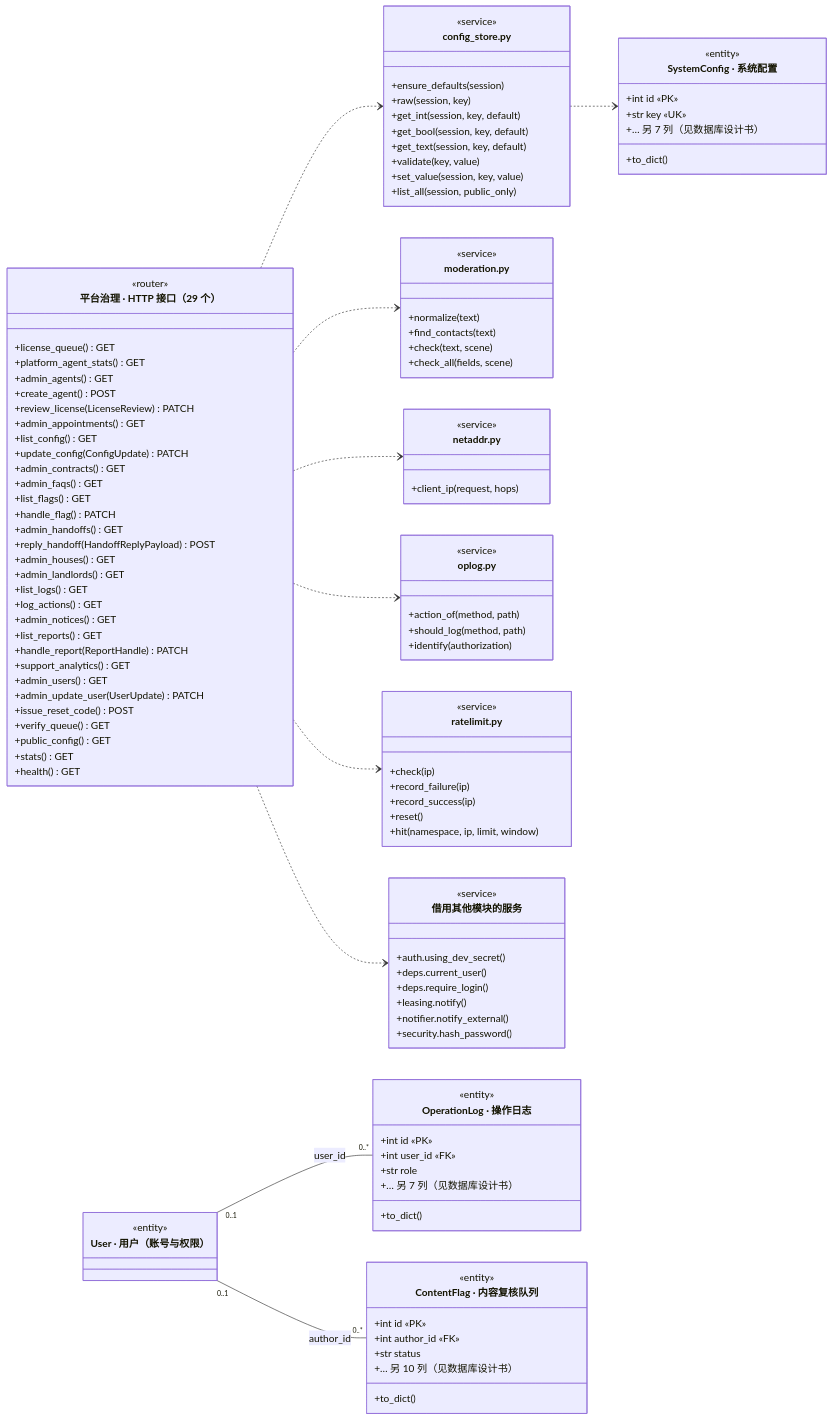
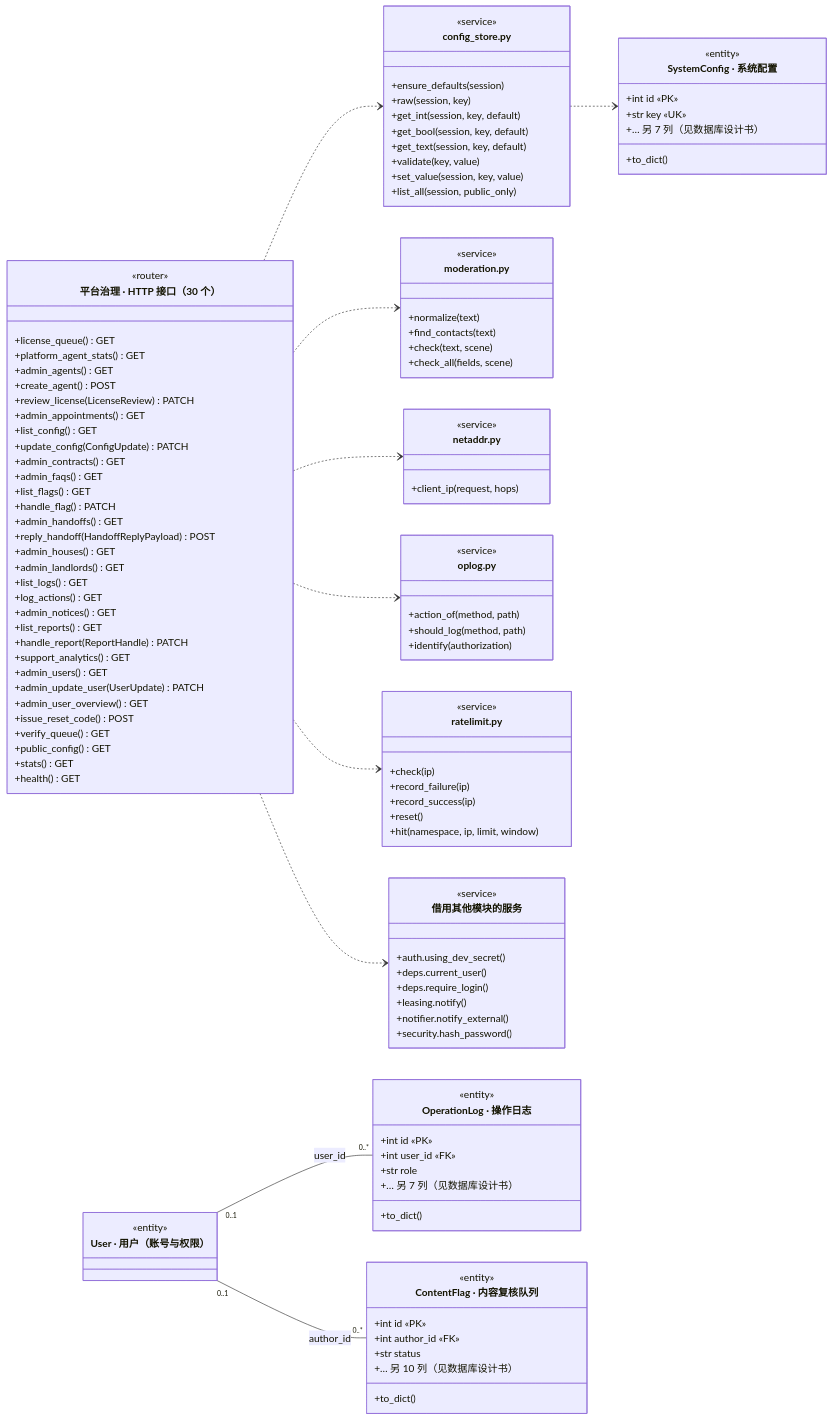
Before and after one commit to A107586/ai-house-rental: the diagram in docs/图/class_governance.mmd, drawn with Mermaid. The commit also changed 19 other files, not shown here.

```diff
--- a/docs/图/class_governance.mmd
+++ b/docs/图/class_governance.mmd
@@ -1,113 +1,114 @@
 classDiagram
     direction LR
-    class Api["平台治理 · HTTP 接口（29 个）"] {
+    class Api["平台治理 · HTTP 接口（30 个）"] {
         <<router>>
         +license_queue() GET
         +platform_agent_stats() GET
         +admin_agents() GET
         +create_agent() POST
         +review_license(LicenseReview) PATCH
         +admin_appointments() GET
         +list_config() GET
         +update_config(ConfigUpdate) PATCH
         +admin_contracts() GET
         +admin_faqs() GET
         +list_flags() GET
         +handle_flag() PATCH
         +admin_handoffs() GET
         +reply_handoff(HandoffReplyPayload) POST
         +admin_houses() GET
         +admin_landlords() GET
         +list_logs() GET
         +log_actions() GET
         +admin_notices() GET
         +list_reports() GET
         +handle_report(ReportHandle) PATCH
         +support_analytics() GET
         +admin_users() GET
         +admin_update_user(UserUpdate) PATCH
+        +admin_user_overview() GET
         +issue_reset_code() POST
         +verify_queue() GET
         +public_config() GET
         +stats() GET
         +health() GET
     }
     class m_config_store["config_store.py"] {
         <<service>>
         +ensure_defaults(session)
         +raw(session, key)
         +get_int(session, key, default)
         +get_bool(session, key, default)
         +get_text(session, key, default)
         +validate(key, value)
         +set_value(session, key, value)
         +list_all(session, public_only)
     }
     Api ..> m_config_store
     class m_moderation["moderation.py"] {
         <<service>>
         +normalize(text)
         +find_contacts(text)
         +check(text, scene)
         +check_all(fields, scene)
     }
     Api ..> m_moderation
     class m_netaddr["netaddr.py"] {
         <<service>>
         +client_ip(request, hops)
     }
     Api ..> m_netaddr
     class m_oplog["oplog.py"] {
         <<service>>
         +action_of(method, path)
         +should_log(method, path)
         +identify(authorization)
     }
     Api ..> m_oplog
     class m_ratelimit["ratelimit.py"] {
         <<service>>
         +check(ip)
         +record_failure(ip)
         +record_success(ip)
         +reset()
         +hit(namespace, ip, limit, window)
     }
     Api ..> m_ratelimit
     class m_shared["借用其他模块的服务"] {
         <<service>>
         +auth.using_dev_secret()
         +deps.current_user()
         +deps.require_login()
         +leasing.notify()
         +notifier.notify_external()
         +security.hash_password()
     }
     Api ..> m_shared
     class OperationLog["OperationLog · 操作日志"] {
         <<entity>>
         +int id «PK»
         +int user_id «FK»
         +str role
         +… 另 7 列（见数据库设计书）
         +to_dict()
     }
     class ContentFlag["ContentFlag · 内容复核队列"] {
         <<entity>>
         +int id «PK»
         +int author_id «FK»
         +str status
         +… 另 10 列（见数据库设计书）
         +to_dict()
     }
     class SystemConfig["SystemConfig · 系统配置"] {
         <<entity>>
         +int id «PK»
         +str key «UK»
         +… 另 7 列（见数据库设计书）
         +to_dict()
     }
     class User["User · 用户（账号与权限）"]
     <<entity>> User
     User "0..1" -- "0..*" OperationLog : user_id
     User "0..1" -- "0..*" ContentFlag : author_id
     m_config_store ..> SystemConfig
```
